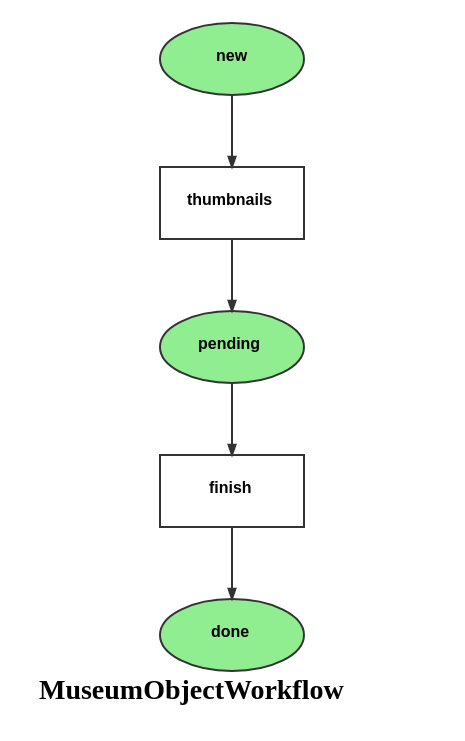
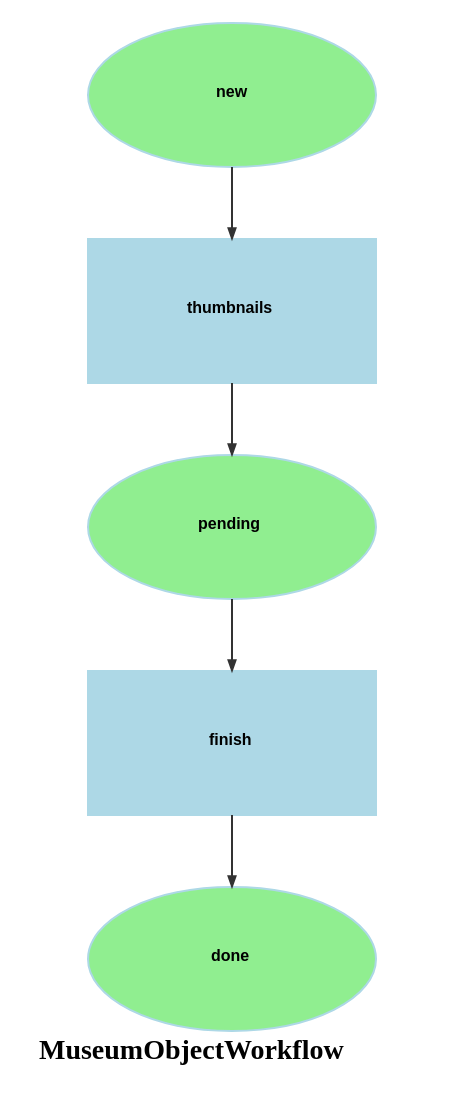
Before and after one commit to survos-sites/mds: the diagram in doc/MuseumObjectWorkflow.dot, drawn with Graphviz. The commit also changed 7 other files, not shown here.

```diff
--- a/doc/MuseumObjectWorkflow.dot
+++ b/doc/MuseumObjectWorkflow.dot
@@ -1,15 +1,15 @@
 digraph workflow {
   ratio="compress" rankdir="TB" label=<<B>MuseumObjectWorkflow</B>>
-  node [fontsize="8" fontname="Arial" color="#333333" fillcolor="lightgreen" fixedsize="false" width="1"];
+  node [fontsize="8" fontname="Arial" color="lightBlue" style="filled" fixedsize="false" width="2" height="1"];
   edge [fontsize="7" fontname="Arial" color="#333333" arrowhead="normal" arrowsize="0.5"];
 
   place_new [label=<<B>new</B>>, shape=oval fillcolor="lightgreen" style="filled"];
   place_pending [label=<<B>pending</B>>, shape=oval fillcolor="lightgreen" style="filled"];
   place_done [label=<<B>done</B>>, shape=oval fillcolor="lightgreen" style="filled"];
   transition_0 [label=<<B>thumbnails</B>>, shape="box" regular=""];
   transition_1 [label=<<B>finish</B>>, shape="box" regular=""];
   place_new -> transition_0 [style="solid", comment="new"];
   transition_0 -> place_pending [style="solid"];
   place_pending -> transition_1 [style="solid", comment="pending"];
   transition_1 -> place_done [style="solid"];
 }
```
